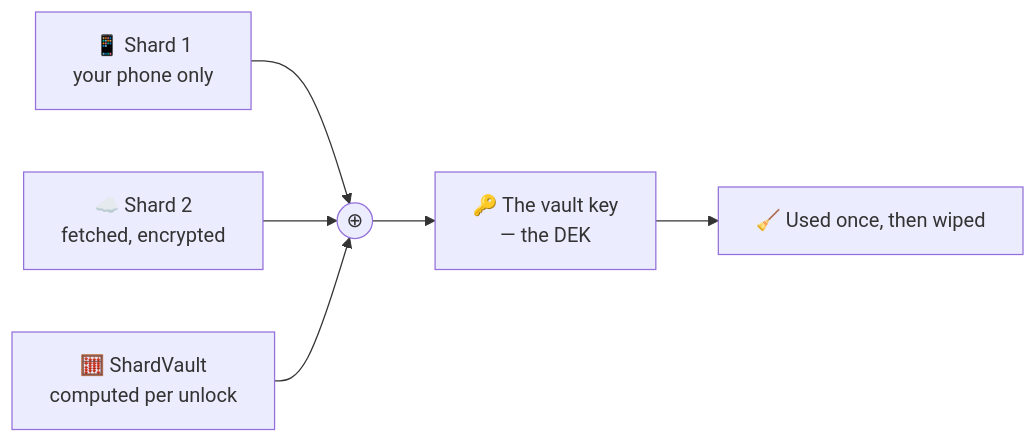
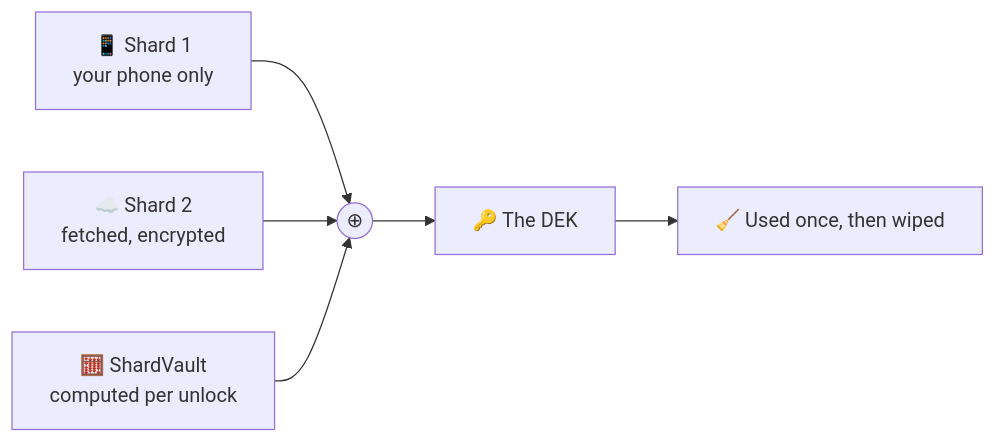
The second of 18 diagrams in docs/plain-words.md (TuPhung369/passwordepic-website), drawn with Mermaid before and after one commit. The commit also changed other lines of this file and 22 other files, not shown here.

````diff
--- a/docs/plain-words.md
+++ b/docs/plain-words.md
@@ -63,8 +60,8 @@
 ```mermaid
 flowchart LR
   A["📱 Shard 1<br/>your phone only"] --> X(("⊕"))
   B["☁️ Shard 2<br/>fetched, encrypted"] --> X
   C["🧮 ShardVault<br/>computed per unlock"] --> X
-  X --> K["🔑 The vault key<br/>— the DEK"]
+  X --> K["🔑 The DEK"]
   K --> Z["🧹 Used once, then wiped"]
 ```
````
